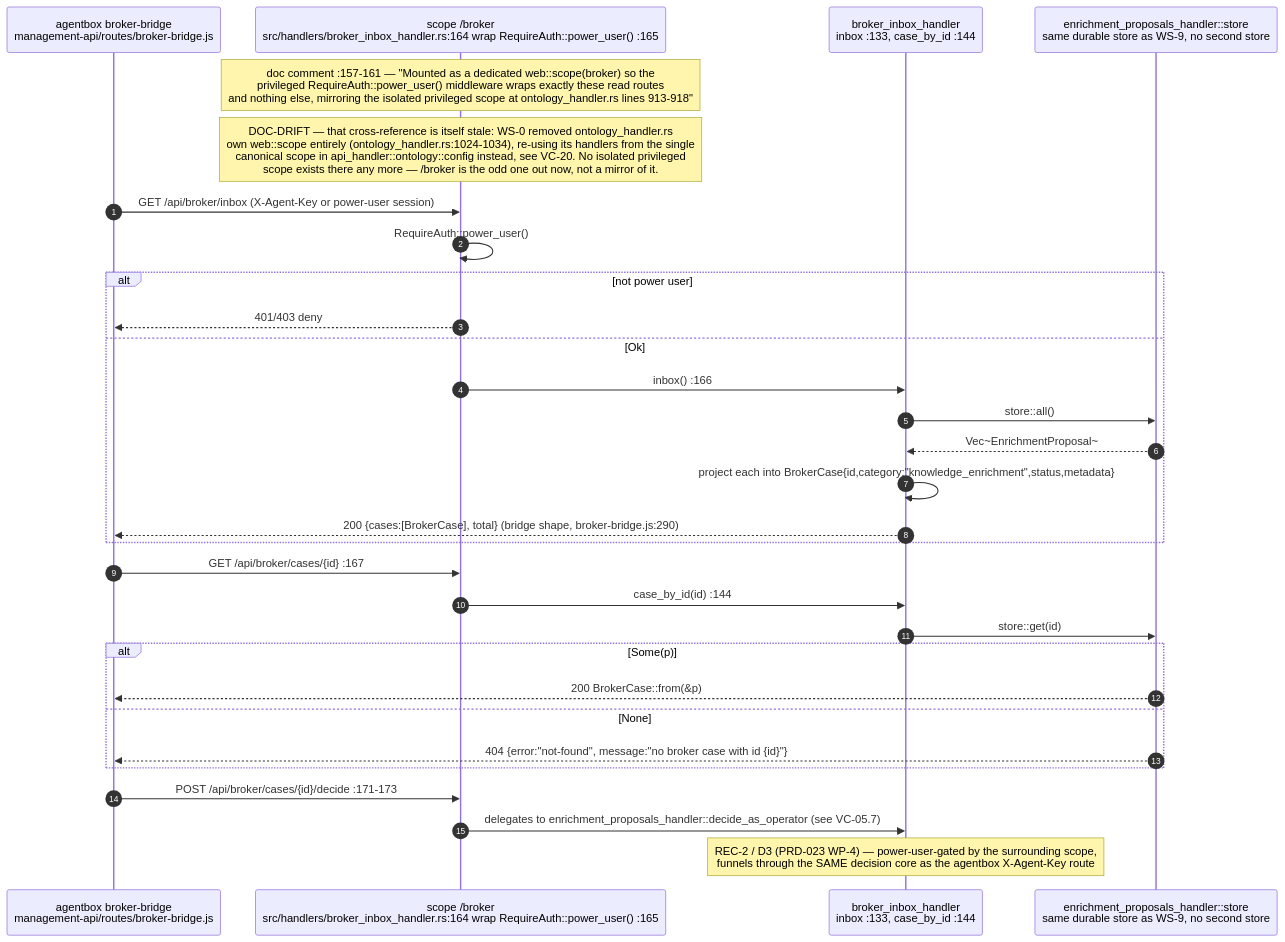
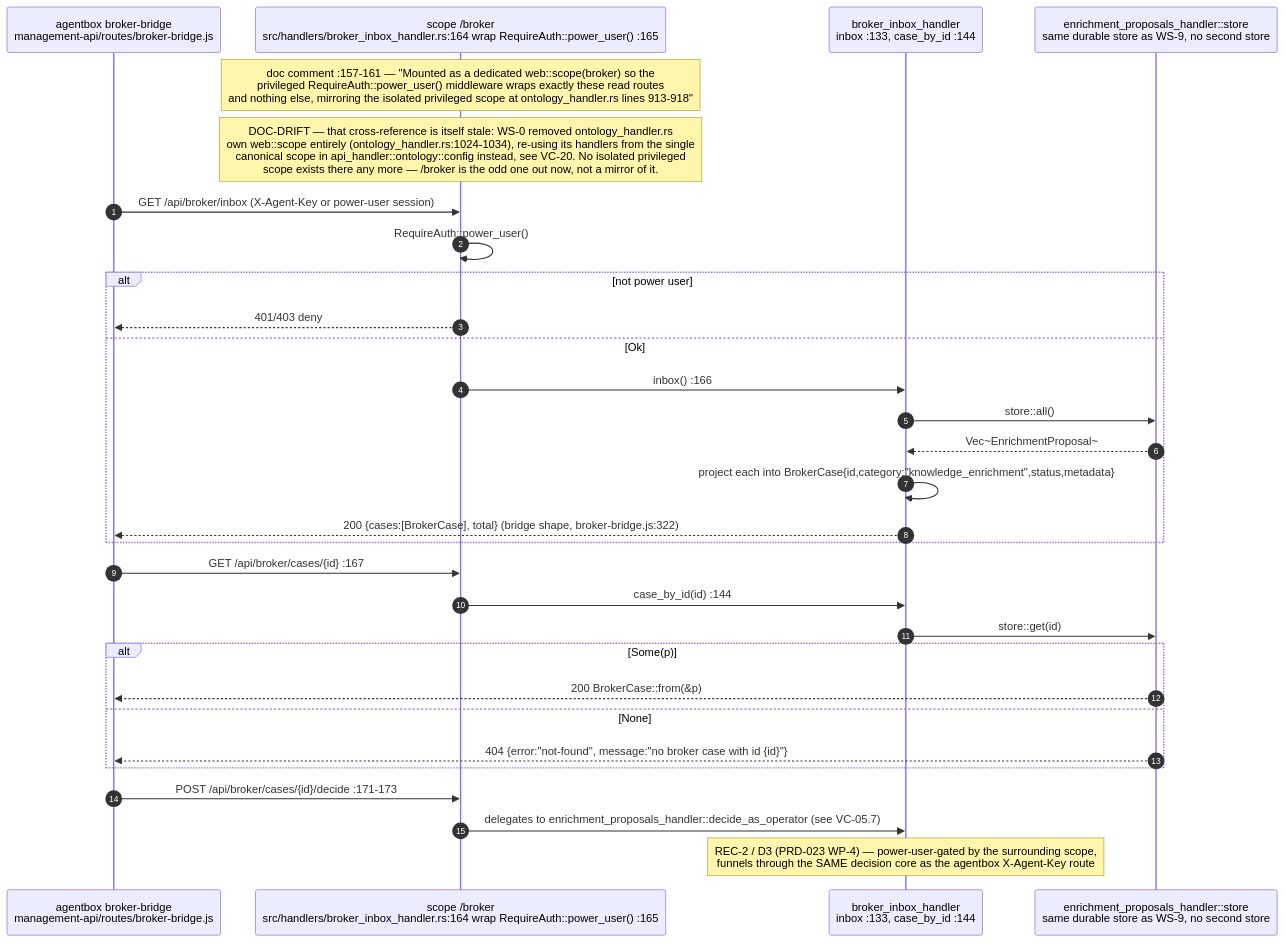
Before and after one commit to DreamLab-AI/VisionFlow: the eighth of 18 diagrams in docs/diagrams/visionclaw/05-handlers-governance-and-identity.md, drawn with Mermaid. The commit also changed other lines of this file and 51 other files, not shown here.

First line of the commit message:
docs(diagrams): agentbox AB-01..13 re-attested anchor by anchor (980 anchors, 22 defects); checkpoint against an out-of-mesh writer

````diff
--- a/docs/diagrams/visionclaw/05-handlers-governance-and-identity.md
+++ b/docs/diagrams/visionclaw/05-handlers-governance-and-identity.md
@@ -436,33 +436,33 @@
 ```mermaid
 sequenceDiagram
     autonumber
     participant C as agentbox broker-bridge<br/>management-api/routes/broker-bridge.js
     participant SC as scope /broker<br/>src/handlers/broker_inbox_handler.rs:164 wrap RequireAuth::power_user() :165
     participant H as broker_inbox_handler<br/>inbox :133, case_by_id :144
     participant ST as enrichment_proposals_handler::store<br/>same durable store as WS-9, no second store
 
     Note over SC: doc comment :157-161 — "Mounted as a dedicated web::scope(broker) so the<br/>privileged RequireAuth::power_user() middleware wraps exactly these read routes<br/>and nothing else, mirroring the isolated privileged scope at ontology_handler.rs lines 913-918"
     Note over SC: DOC-DRIFT — that cross-reference is itself stale: WS-0 removed ontology_handler.rs<br/>own web::scope entirely (ontology_handler.rs:1024-1034), re-using its handlers from the single<br/>canonical scope in api_handler::ontology::config instead, see VC-20. No isolated privileged<br/>scope exists there any more — /broker is the odd one out now, not a mirror of it.
     C->>SC: GET /api/broker/inbox (X-Agent-Key or power-user session)
     SC->>SC: RequireAuth::power_user()
     alt not power user
         SC-->>C: 401/403 deny
     else Ok
         SC->>H: inbox() :166
         H->>ST: store::all()
         ST-->>H: Vec~EnrichmentProposal~
         H->>H: project each into BrokerCase{id,category:"knowledge_enrichment",status,metadata}
-        H-->>C: 200 {cases:[BrokerCase], total} (bridge shape, broker-bridge.js:290)
+        H-->>C: 200 {cases:[BrokerCase], total} (bridge shape, broker-bridge.js:322)
     end
     C->>SC: GET /api/broker/cases/{id} :167
     SC->>H: case_by_id(id) :144
     H->>ST: store::get(id)
     alt Some(p)
         ST-->>C: 200 BrokerCase::from(&p)
     else None
         ST-->>C: 404 {error:"not-found", message:"no broker case with id {id}"}
     end
     C->>SC: POST /api/broker/cases/{id}/decide :171-173
     SC->>H: delegates to enrichment_proposals_handler::decide_as_operator (see VC-05.7)
     Note over H: REC-2 / D3 (PRD-023 WP-4) — power-user-gated by the surrounding scope,<br/>funnels through the SAME decision core as the agentbox X-Agent-Key route
 ```
````
